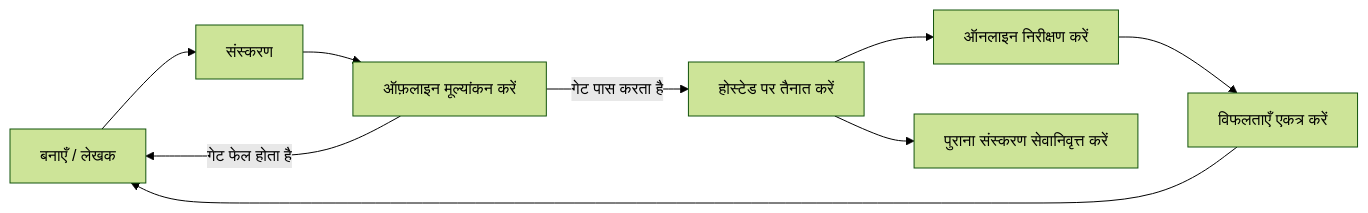
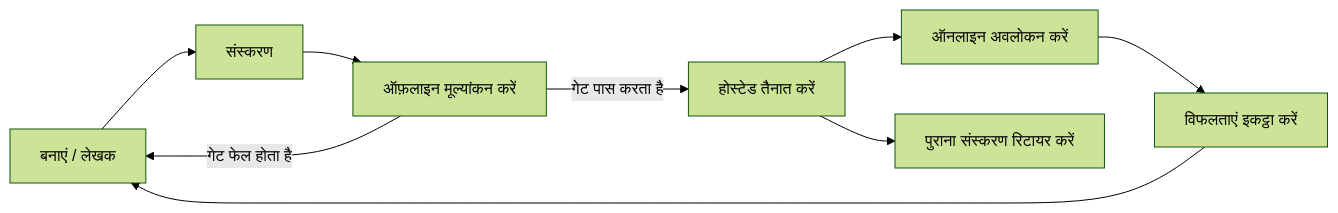
Before and after one commit to microsoft/ai-agents-for-beginners: the second of 4 diagrams in translations/hi/16-deploying-scalable-agents/README.md, drawn with Mermaid (forest theme). The commit also changed other lines of this file and 46 other files, not shown here.

````diff
--- a/translations/hi/16-deploying-scalable-agents/README.md
+++ b/translations/hi/16-deploying-scalable-agents/README.md
@@ -108,11 +108,11 @@
 ```mermaid
 flowchart LR
-    Create[बनाएँ / लेखक] --> Version[संस्करण]
+    Create[बनाएं / लेखक] --> Version[संस्करण]
     Version --> Evaluate[ऑफ़लाइन मूल्यांकन करें]
-    Evaluate -->|गेट पास करता है| Deploy[होस्टेड पर तैनात करें]
+    Evaluate -->|गेट पास करता है| Deploy[होस्टेड तैनात करें]
     Evaluate -->|गेट फेल होता है| Create
-    Deploy --> Observe[ऑनलाइन निरीक्षण करें]
-    Observe --> Improve[विफलताएँ एकत्र करें]
+    Deploy --> Observe[ऑनलाइन अवलोकन करें]
+    Observe --> Improve[विफलताएं इकट्ठा करें]
     Improve --> Create
-    Deploy --> Retire[पुराना संस्करण सेवानिवृत्त करें]
+    Deploy --> Retire[पुराना संस्करण रिटायर करें]
 ```
````
